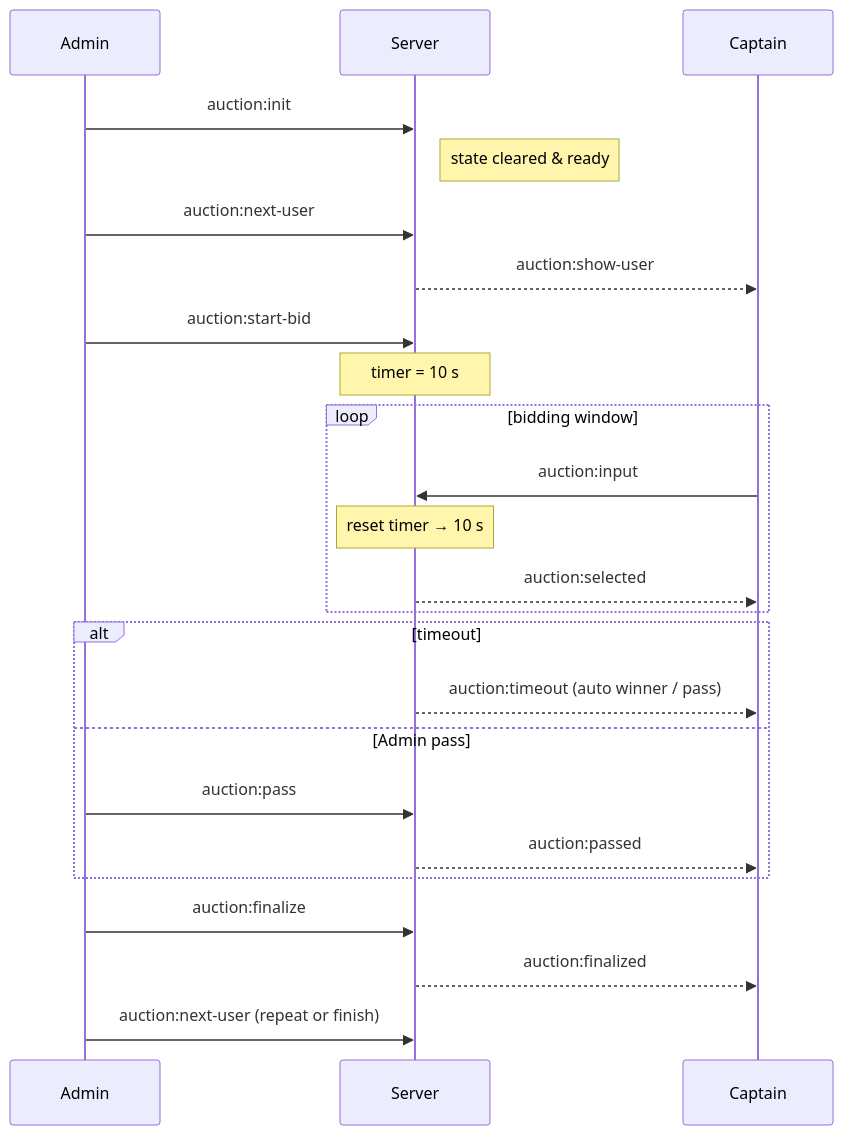
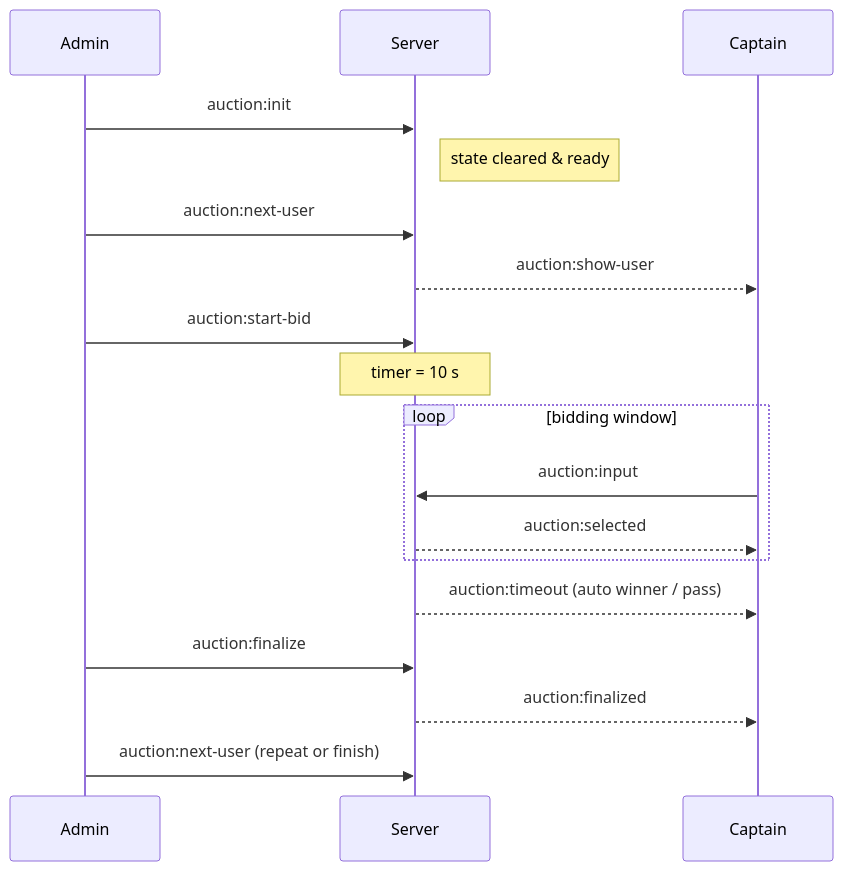
The first of 2 diagrams in docs/note.md (ppotatoG/game-gathering), drawn with Mermaid before and after one commit. The commit also changed other lines of this file and 4 other files, not shown here.

````diff
--- a/docs/note.md
+++ b/docs/note.md
@@ -63,34 +72,28 @@
 ```mermaid
 sequenceDiagram
     participant Admin
     participant Server
     participant Captain
 
 %% 준비 단계
     Admin->>Server: auction:init
     Note right of Server: state cleared & ready
 
     Admin->>Server: auction:next-user
     Server-->>Captain: auction:show-user
 
     Admin->>Server: auction:start-bid
     Note over Server: timer = 10 s
 
     loop bidding window
         Captain->>Server: auction:input
-        Note over Server: reset timer → 10 s
         Server-->>Captain: auction:selected
     end
 
-    alt timeout
-        Server-->>Captain: auction:timeout (auto winner / pass)
-    else Admin pass
-        Admin->>Server: auction:pass
-        Server-->>Captain: auction:passed
-    end
+    Server-->>Captain: auction:timeout (auto winner / pass)
 
     Admin->>Server: auction:finalize
     Server-->>Captain: auction:finalized
 
     Admin->>Server: auction:next-user (repeat or finish)
 ```
````
